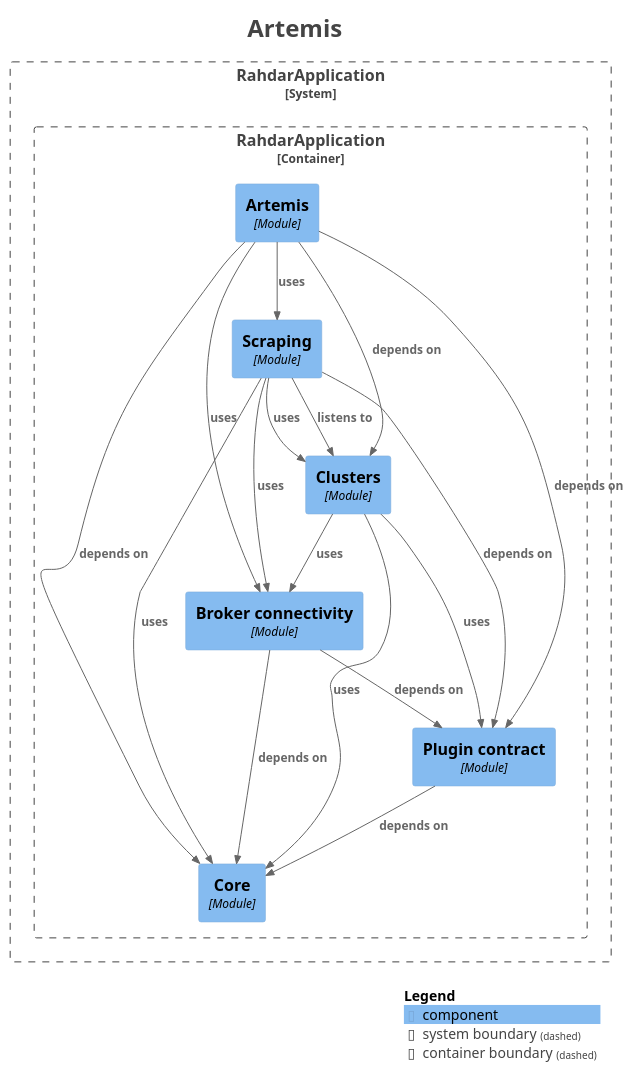
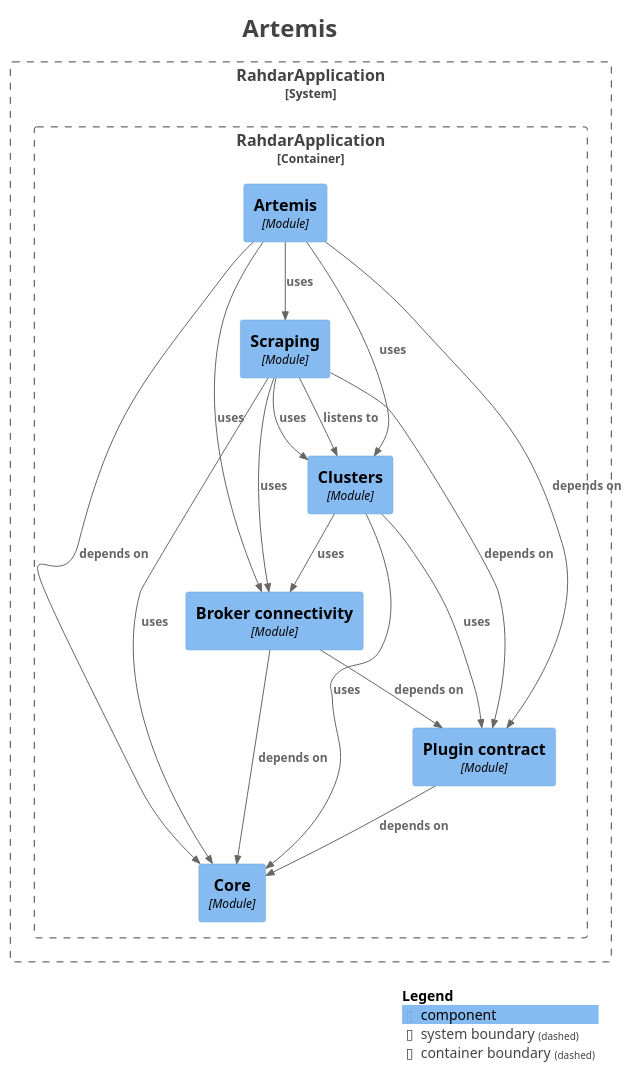
One commit to sudoitir/rahdar changed the diagram in docs/modules/module-system.artemis.puml. Above: the diagram before and after it, drawn with PlantUML. The commit also changed 50 other files, not shown here.

```diff
--- a/docs/modules/module-system.artemis.puml
+++ b/docs/modules/module-system.artemis.puml
@@ -1,49 +1,49 @@
 @startuml
 title <size:24>Artemis</size>
 
 set separator none
 top to bottom direction
 
 <style>
   root {
     BackgroundColor: #ffffff
     FontColor: #444444
   }
 </style>
 
 !include <C4/C4>
 !include <C4/C4_Context>
 !include <C4/C4_Component>
 
 System_Boundary("RahdarApplication_boundary", "RahdarApplication", $tags="") {
   Container_Boundary("RahdarApplication.RahdarApplication_boundary", "RahdarApplication", $tags="") {
     Component(RahdarApplication.RahdarApplication.Artemis, "Artemis", $techn="Module", $descr="", $tags="", $link="")
     Component(RahdarApplication.RahdarApplication.Brokerconnectivity, "Broker connectivity", $techn="Module", $descr="", $tags="", $link="")
     Component(RahdarApplication.RahdarApplication.Clusters, "Clusters", $techn="Module", $descr="", $tags="", $link="")
     Component(RahdarApplication.RahdarApplication.Core, "Core", $techn="Module", $descr="", $tags="", $link="")
     Component(RahdarApplication.RahdarApplication.Plugincontract, "Plugin contract", $techn="Module", $descr="", $tags="", $link="")
     Component(RahdarApplication.RahdarApplication.Scraping, "Scraping", $techn="Module", $descr="", $tags="", $link="")
   }
 
 }
 
 Rel(RahdarApplication.RahdarApplication.Artemis, RahdarApplication.RahdarApplication.Brokerconnectivity, "uses", $techn="", $tags="", $link="")
-Rel(RahdarApplication.RahdarApplication.Artemis, RahdarApplication.RahdarApplication.Clusters, "depends on", $techn="", $tags="", $link="")
+Rel(RahdarApplication.RahdarApplication.Artemis, RahdarApplication.RahdarApplication.Clusters, "uses", $techn="", $tags="", $link="")
 Rel(RahdarApplication.RahdarApplication.Artemis, RahdarApplication.RahdarApplication.Core, "depends on", $techn="", $tags="", $link="")
 Rel(RahdarApplication.RahdarApplication.Artemis, RahdarApplication.RahdarApplication.Plugincontract, "depends on", $techn="", $tags="", $link="")
 Rel(RahdarApplication.RahdarApplication.Artemis, RahdarApplication.RahdarApplication.Scraping, "uses", $techn="", $tags="", $link="")
 Rel(RahdarApplication.RahdarApplication.Brokerconnectivity, RahdarApplication.RahdarApplication.Core, "depends on", $techn="", $tags="", $link="")
 Rel(RahdarApplication.RahdarApplication.Brokerconnectivity, RahdarApplication.RahdarApplication.Plugincontract, "depends on", $techn="", $tags="", $link="")
 Rel(RahdarApplication.RahdarApplication.Clusters, RahdarApplication.RahdarApplication.Brokerconnectivity, "uses", $techn="", $tags="", $link="")
 Rel(RahdarApplication.RahdarApplication.Clusters, RahdarApplication.RahdarApplication.Core, "uses", $techn="", $tags="", $link="")
 Rel(RahdarApplication.RahdarApplication.Clusters, RahdarApplication.RahdarApplication.Plugincontract, "uses", $techn="", $tags="", $link="")
 Rel(RahdarApplication.RahdarApplication.Plugincontract, RahdarApplication.RahdarApplication.Core, "depends on", $techn="", $tags="", $link="")
 Rel(RahdarApplication.RahdarApplication.Scraping, RahdarApplication.RahdarApplication.Brokerconnectivity, "uses", $techn="", $tags="", $link="")
 Rel(RahdarApplication.RahdarApplication.Scraping, RahdarApplication.RahdarApplication.Clusters, "listens to", $techn="", $tags="", $link="")
 Rel(RahdarApplication.RahdarApplication.Scraping, RahdarApplication.RahdarApplication.Clusters, "uses", $techn="", $tags="", $link="")
 Rel(RahdarApplication.RahdarApplication.Scraping, RahdarApplication.RahdarApplication.Core, "uses", $techn="", $tags="", $link="")
 Rel(RahdarApplication.RahdarApplication.Scraping, RahdarApplication.RahdarApplication.Plugincontract, "depends on", $techn="", $tags="", $link="")
 
 SHOW_LEGEND(true)
 hide stereotypes
 @enduml
```
